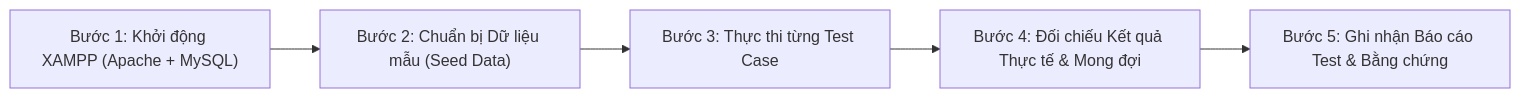
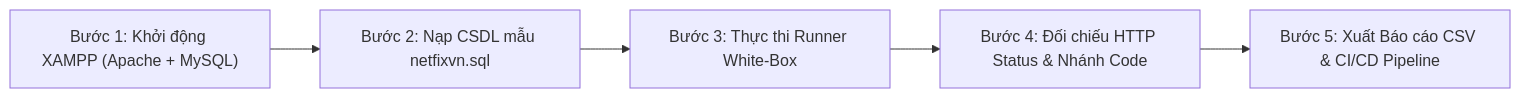
One commit to Col255/QA-netfilxfake changed the fifth of 5 diagrams in docs/WHITEBOX_INT_STATEMENT_BRANCH_COVERAGE.md. Above: the diagram before and after it, drawn with Mermaid. The commit also changed other lines of this file, not shown here.

Commit message:
KAN-196 Đồng bộ báo cáo White-Box 20 TCs PASS và tổng kết 6 task refactoring Qodana phân hệ INT

````diff
--- a/docs/WHITEBOX_INT_STATEMENT_BRANCH_COVERAGE.md
+++ b/docs/WHITEBOX_INT_STATEMENT_BRANCH_COVERAGE.md
@@ -229,7 +230,8 @@
 ```mermaid
 flowchart LR
-    A["Bước 1: Khởi động XAMPP (Apache + MySQL)"] --> B["Bước 2: Chuẩn bị Dữ liệu mẫu (Seed Data)"]
-    B --> C["Bước 3: Thực thi từng Test Case"]
-    C --> D["Bước 4: Đối chiếu Kết quả Thực tế & Mong đợi"]
-    D --> E["Bước 5: Ghi nhận Báo cáo Test & Bằng chứng"]
+    A["Bước 1: Khởi động XAMPP (Apache + MySQL)"] --> B["Bước 2: Nạp CSDL mẫu netfixvn.sql"]
+    B --> C["Bước 3: Thực thi Runner White-Box"]
+    C --> D["Bước 4: Đối chiếu HTTP Status & Nhánh Code"]
+    E["Bước 5: Xuất Báo cáo CSV & CI/CD Pipeline"]
+    D --> E
 ```
````
